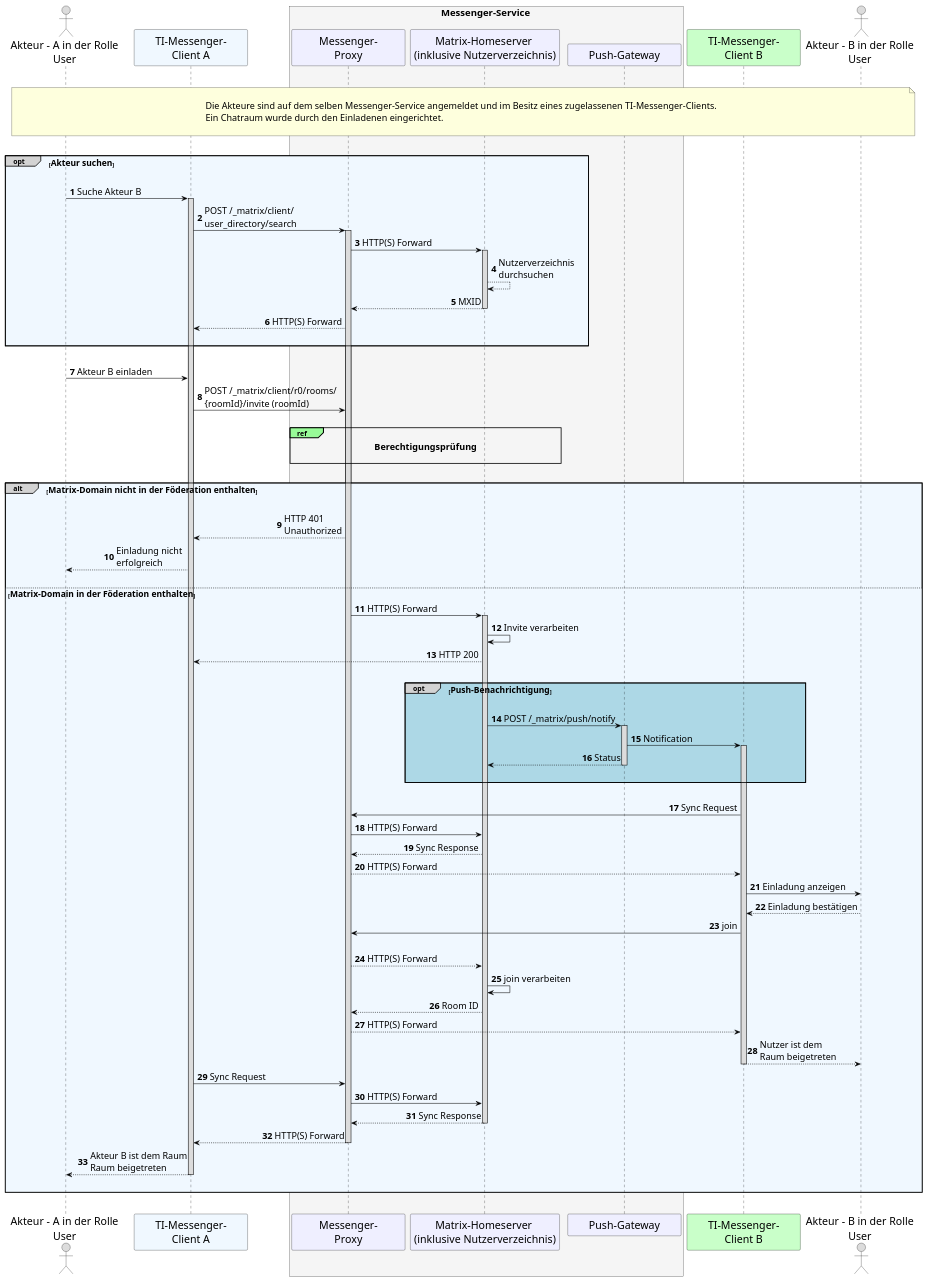
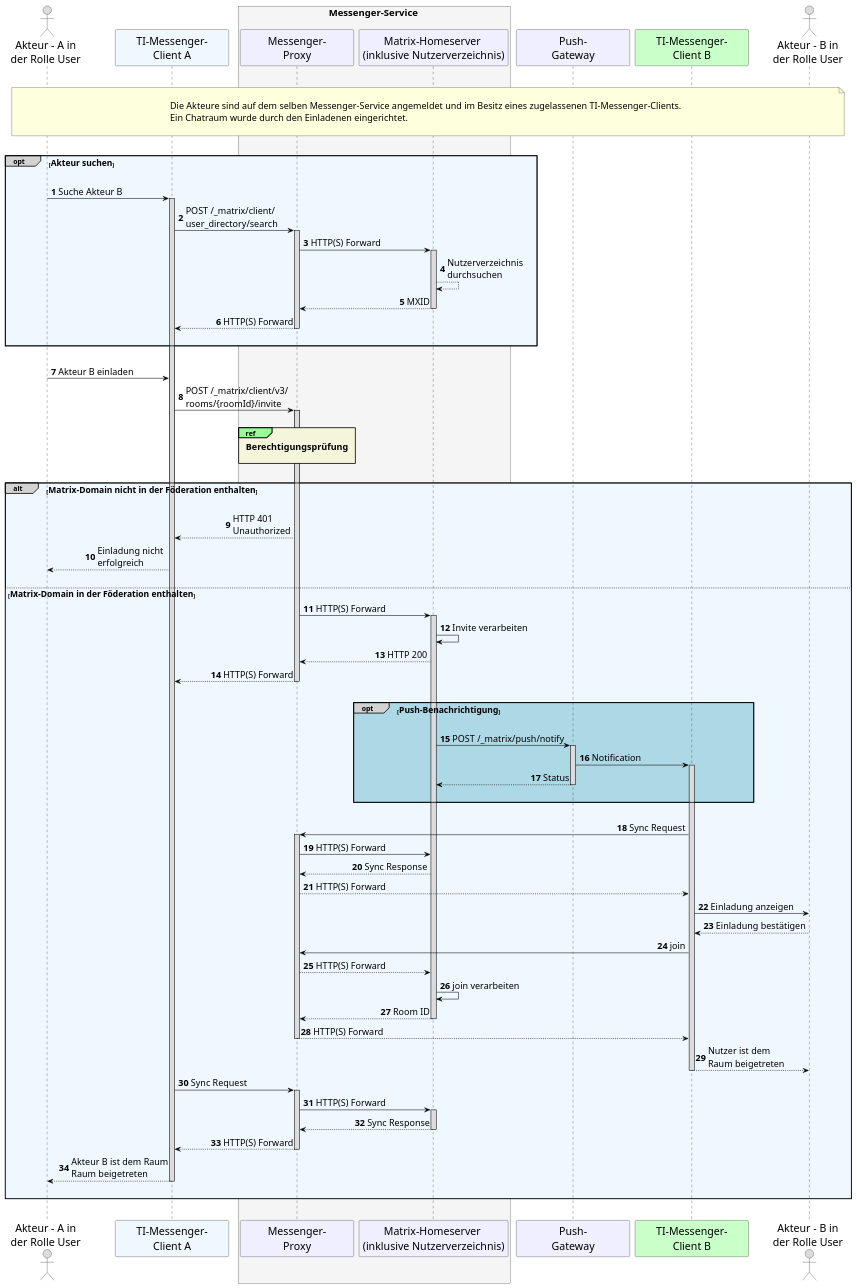
Before and after one commit to gematik/api-ti-messenger: the diagram in src/plantuml/TI-Messenger-Dienst/Ressourcen/UC_10104_Seq.puml, drawn with PlantUML.

Commit message:
Update further charts for TIM-1264

```diff
--- a/src/plantuml/TI-Messenger-Dienst/Ressourcen/UC_10104_Seq.puml
+++ b/src/plantuml/TI-Messenger-Dienst/Ressourcen/UC_10104_Seq.puml
@@ -6,117 +6,127 @@
 @startuml
 skinparam sequenceMessageAlign direction
 skinparam minClassWidth 200
 skinparam BoxPadding 1
 skinparam sequenceReferenceHeaderBackgroundColor palegreen
+skinparam sequenceReferenceBackgroundColor Beige
 scale max 2048 width
 
 skinparam sequence {
 ArrowColor black
 ArrowFontSize 17
 ActorBorderColor black
 LifeLineBorderColor black
 LifeLineBackgroundColor Gainsboro
 
 ParticipantBorderColor Motivation
 ParticipantBackgroundColor Motivation
 ParticipantFontSize 20
 ParticipantFontColor black
 ParticipantBorderColor Black
 ParticipantBackgroundColor MOTIVATION
 
 ActorBackgroundColor Gainsboro
 ActorFontColor black
 ActorFontSize 20
 }
 autonumber
 
-    actor U1 as "Akteur - A in der Rolle\nUser"
+    actor U1 as "Akteur - A in\nder Rolle User"
     participant C1 as "TI-Messenger-\nClient A" #AliceBlue
     box <size:18>Messenger-Service</size> #WhiteSmoke
       participant MP as "Messenger-\nProxy"
       participant MH as "Matrix-Homeserver \n(inklusive Nutzerverzeichnis)"
-      participant PG as "Push-Gateway"
     end box
+    participant PG as "Push-\nGateway"
     participant C2 as "TI-Messenger-\nClient B"#TECHNOLOGY
-    actor U2 as "Akteur - B in der Rolle\nUser"
+    actor U2 as "Akteur - B in\nder Rolle User"
     
 |||
 note over U1, U2: \n<size:17>Die Akteure sind auf dem selben Messenger-Service angemeldet und im Besitz eines zugelassenen TI-Messenger-Clients.\n<size:17>Ein Chatraum wurde durch den Einladenen eingerichtet.</size>\n
 |||
 
     opt#LightGrey #AliceBlue <size:16>Akteur suchen</size>
     |||
     U1->C1: Suche Akteur B
       activate C1
     C1->MP: POST /_matrix/client/\nuser_directory/search
       activate MP
     MP->MH: HTTP(S) Forward
       activate MH
     MH-->MH: Nutzerverzeichnis \ndurchsuchen
     MH-->MP: MXID
       deactivate MH
     MP-->C1: HTTP(S) Forward
+      deactivate MP
     |||
     end
     
     |||
     U1->C1: Akteur B einladen
-    C1->MP: POST /_matrix/client/r0/rooms/\n{roomId}/invite (roomId)
+    C1->MP: POST /_matrix/client/v3/\nrooms/{roomId}/invite
+      activate MP
     
     |||
-      ref over MP, MH: <size:17><b>Berechtigungsprüfung</size>\n 
+      ref over MP, MP: <size:17><b>Berechtigungsprüfung</size>\n 
     |||
     
     alt#LightGrey #AliceBlue <size:16>Matrix-Domain nicht in der Föderation enthalten</size>
       |||
       MP-->C1: HTTP 401 \nUnauthorized
       C1-->U1: Einladung nicht \nerfolgreich
         |||
 
     
       else <size:16>Matrix-Domain in der Föderation enthalten</size>
     
       MP->MH: HTTP(S) Forward
         activate MH
       MH->MH: Invite verarbeiten
-      MH-->C1: HTTP 200
+      MH-->MP: HTTP 200
+      MP-->C1: HTTP(S) Forward
+        deactivate MP
       |||
         opt#LightGrey #LightBlue <size:16>Push-Benachrichtigung</size>
           |||
           MH->PG: POST /_matrix/push/notify
             activate PG
           PG->C2: Notification
           activate C2
           PG-->MH: Status
             deactivate PG
         |||
         end
         |||
           
           C2->MP: Sync Request
+            activate MP
           MP->MH: HTTP(S) Forward
           MH-->MP: Sync Response
           MP-->C2: HTTP(S) Forward
 
           C2->U2: Einladung anzeigen
           U2-->C2: Einladung bestätigen
           C2->MP: join
-          |||
           MP-->MH: HTTP(S) Forward
           MH->MH: join verarbeiten
           MH-->MP: Room ID
+            deactivate MH
           MP-->C2: HTTP(S) Forward
+            deactivate MP
           C2-->U2: Nutzer ist dem \nRaum beigetreten
-          deactivate C2
+            deactivate C2
+
           C1->MP: Sync Request
+            activate MP
           MP->MH: HTTP(S) Forward
+            activate MH
           MH-->MP: Sync Response
           deactivate MH
           MP-->C1: HTTP(S) Forward
           deactivate MP
           C1-->U1: Akteur B ist dem Raum\nRaum beigetreten
           deactivate C1
         |||
         end
  |||
 @enduml
```
